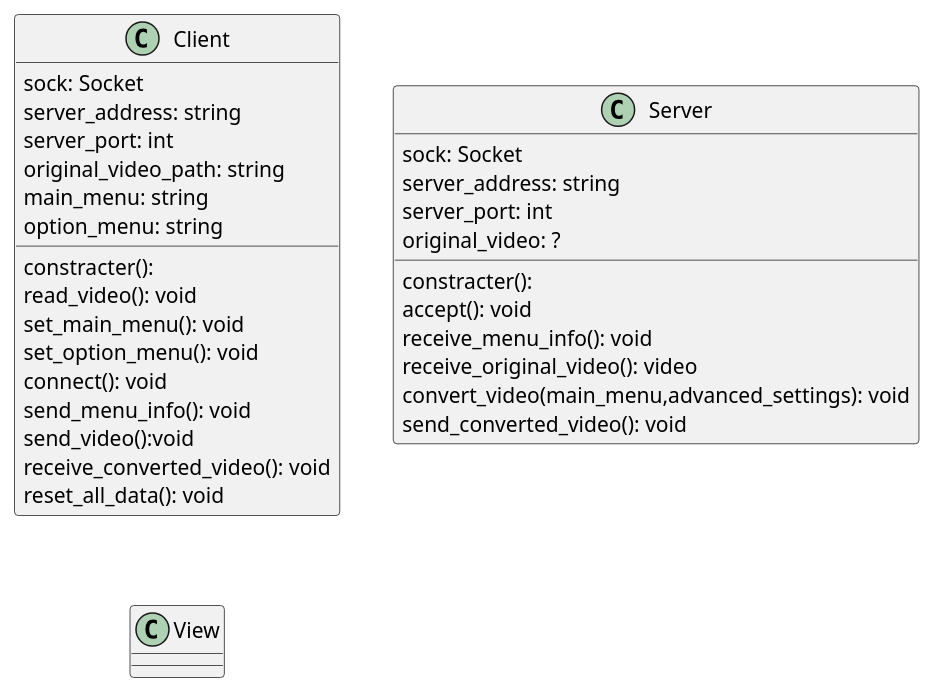
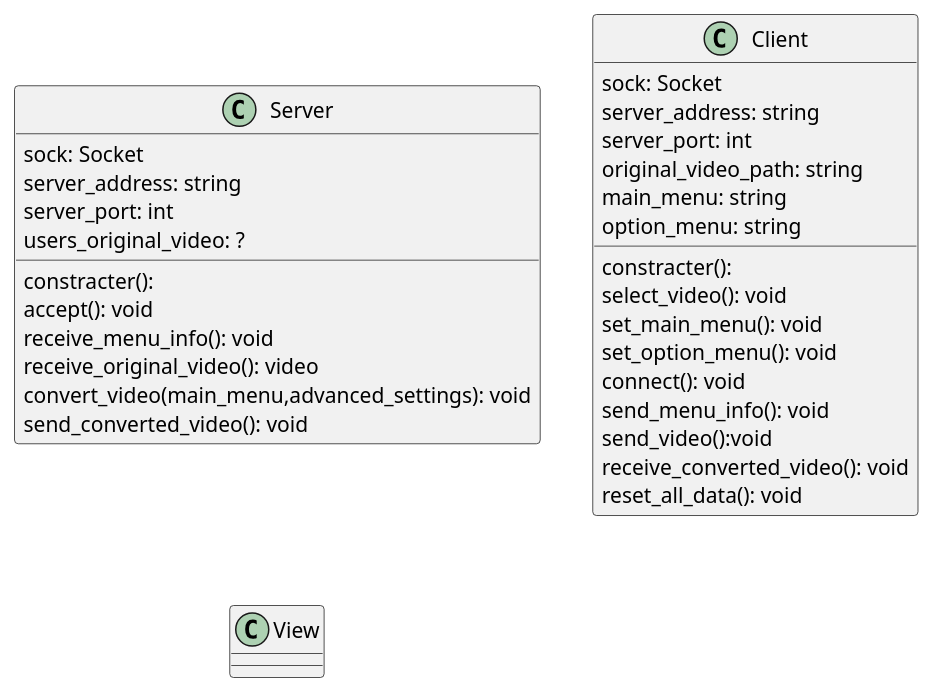
One commit to AkinoJoey/video-compressor-service changed the diagram in uml_class.wsd. Above: the diagram before and after it, drawn with PlantUML.

Commit message:
serverを上にした

```diff
--- a/uml_class.wsd
+++ b/uml_class.wsd
@@ -1,40 +1,40 @@
 @startuml all
+
+class Server{
+    sock: Socket
+    server_address: string
+    server_port: int
+    users_original_video: ?
+    constracter():
+    accept(): void
+    receive_menu_info(): void
+    receive_original_video(): video
+    convert_video(main_menu,advanced_settings): void
+    send_converted_video(): void
+}
 
 class Client{
     sock: Socket
     server_address: string
     server_port: int
     original_video_path: string
     main_menu: string
     option_menu: string
     constracter(): 
-    read_video(): void
+    select_video(): void
     set_main_menu(): void
     set_option_menu(): void
     connect(): void
     send_menu_info(): void
     send_video():void
     receive_converted_video(): void 
     reset_all_data(): void 
 }
 
-class Server{
-    sock: Socket
-    server_address: string
-    server_port: int
-    original_video: ?
-    constracter():
-    accept(): void
-    receive_menu_info(): void
-    receive_original_video(): video
-    convert_video(main_menu,advanced_settings): void
-    send_converted_video(): void
-}
-
 class View{
 
 }
 
 
 
 @enduml
```
